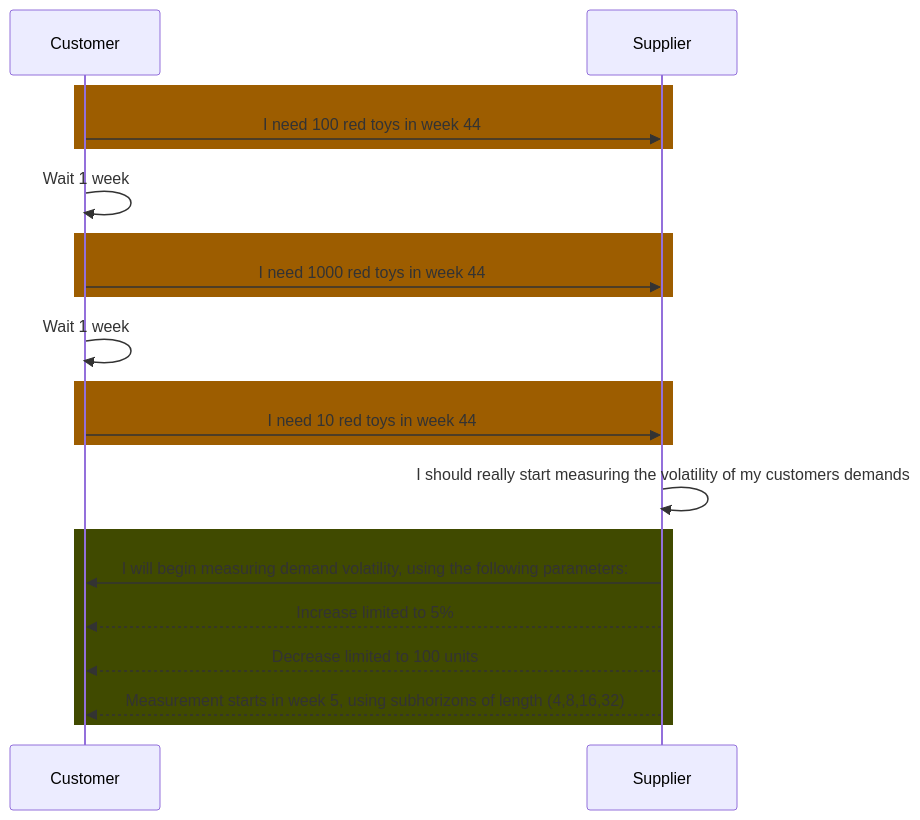
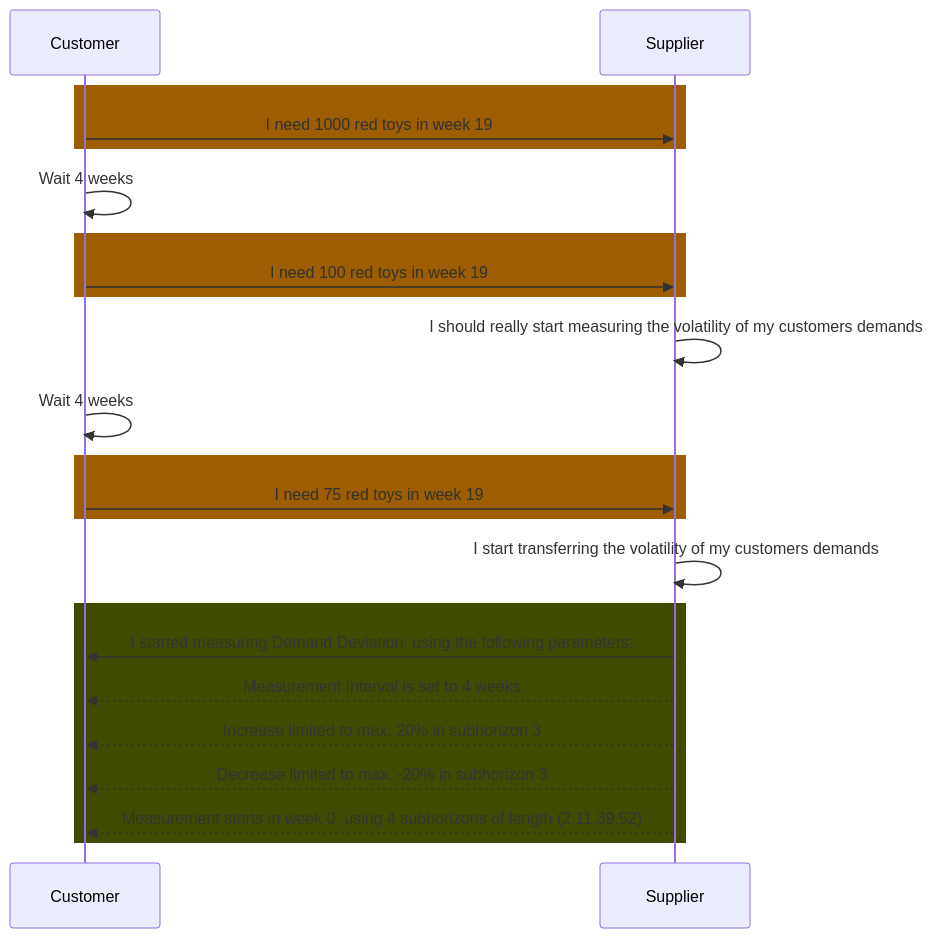
The third of 3 diagrams in docs-kits/kits/Demand and Capacity Management Kit/adoption-view/use-case/demand-volatility.md (eclipse-tractusx/eclipse-tractusx.github.io), drawn with Mermaid before and after one commit. The commit also changed other lines of this file, not shown here.

````diff
--- a/docs-kits/kits/Demand and Capacity Management Kit/adoption-view/use-case/demand-volatility.md
+++ b/docs-kits/kits/Demand and Capacity Management Kit/adoption-view/use-case/demand-volatility.md
@@ -25,24 +109,26 @@
 ```mermaid
 sequenceDiagram
 Participant c as Customer
 Participant s as Supplier
 rect rgb(157,93,00) 
-c->>s: I need 100 red toys in week 44
+c->>s: I need 1000 red toys in week 19
 end
-c->>c: Wait 1 week
+c->>c: Wait 4 weeks
 rect rgb(157,93,00) 
-c->>s: I need 1000 red toys in week 44
-end
-c->>c: Wait 1 week
-rect rgb(157,93,00) 
-c->>s: I need 10 red toys in week 44
+c->>s: I need 100 red toys in week 19
 end
 s->>s: I should really start measuring the volatility of my customers demands
+c->>c: Wait 4 weeks
+rect rgb(157,93,00) 
+c->>s: I need 75 red toys in week 19
+end
+s->>s: I start transferring the volatility of my customers demands
 rect rgb(64,74,00)
-s->>c: I will begin measuring demand volatility, using the following parameters:
-s-->>c: Increase limited to 5%
-s-->>c: Decrease limited to 100 units
-s-->>c: Measurement starts in week 5, using subhorizons of length (4,8,16,32) 
+s->>c: I started measuring Demand Deviation, using the following parameters:
+s-->>c: Measurement Interval is set to 4 weeks
+s-->>c: Increase limited to max. 20% in subhorizon 3
+s-->>c: Decrease limited to max. -20% in subhorizon 3
+s-->>c: Measurement starts in week 0, using 4 subhorizons of length (2,11,39,52) 
 end
 
 ```
````
